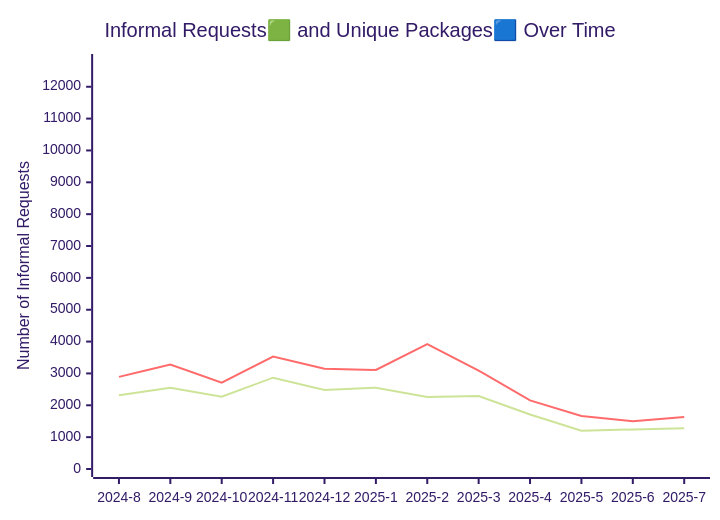
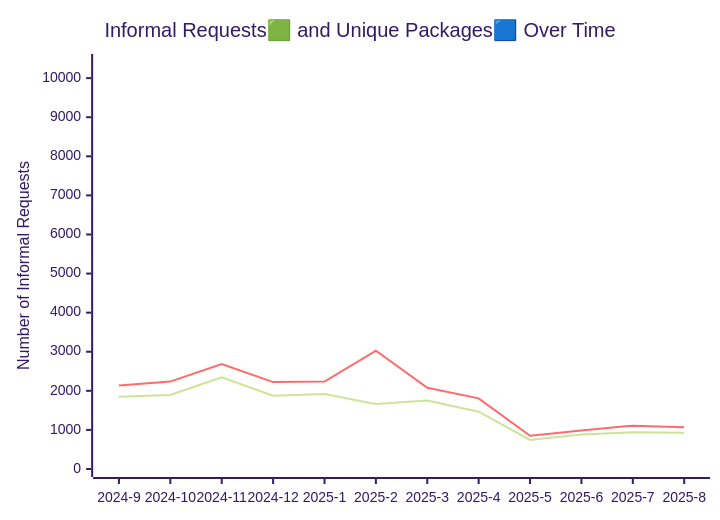
One commit to PatLittle/analytics-corporate-reporting changed the diagram in ATI_INFORMAL_REPORT/readme.md. Above: the diagram before and after it, drawn with Mermaid (forest theme). The commit also changed other lines of this file and 5 other files, not shown here.

````diff
--- a/ATI_INFORMAL_REPORT/readme.md
+++ b/ATI_INFORMAL_REPORT/readme.md
@@ -4,11 +4,11 @@
 ```mermaid
 
 xychart-beta
     title "Informal Requests🟩 and Unique Packages🟦 Over Time"
-    x-axis [2024-8, 2024-9, 2024-10, 2024-11, 2024-12, 2025-1, 2025-2, 2025-3, 2025-4, 2025-5, 2025-6, 2025-7]
-    y-axis "Unique Packages" 0 --> 10094
-    y-axis "Number of Informal Requests" 0 --> 12777
+    x-axis [2024-9, 2024-10, 2024-11, 2024-12, 2025-1, 2025-2, 2025-3, 2025-4, 2025-5, 2025-6, 2025-7, 2025-8]
+    y-axis "Unique Packages" 0 --> 8990
+    y-axis "Number of Informal Requests" 0 --> 10413
 
-    line [2315, 2553, 2271, 2867, 2479, 2553, 2263, 2291, 1711, 1202, 1240, 1283]
-    line [2892, 3279, 2713, 3527, 3151, 3110, 3920, 3091, 2153, 1667, 1499, 1635]
+    line [1849, 1893, 2347, 1874, 1919, 1662, 1751, 1467, 744, 882, 941, 930]
+    line [2138, 2236, 2688, 2223, 2237, 3027, 2080, 1808, 849, 982, 1109, 1070]
 ```
````
